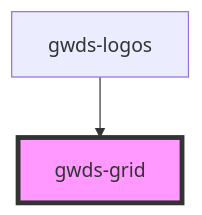
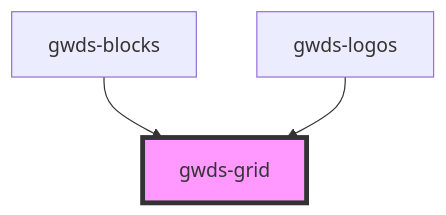
Before and after one commit to bsastregx/gwds-stenciljs: the diagram in src/components/gwds-grid/readme.md, drawn with Mermaid. The commit also changed other lines of this file and 20 other files, not shown here.

````diff
--- a/src/components/gwds-grid/readme.md
+++ b/src/components/gwds-grid/readme.md
@@ -22,5 +23,6 @@
 ```mermaid
 graph TD;
+  gwds-blocks --> gwds-grid
   gwds-logos --> gwds-grid
   style gwds-grid fill:#f9f,stroke:#333,stroke-width:4px
 ```
````
